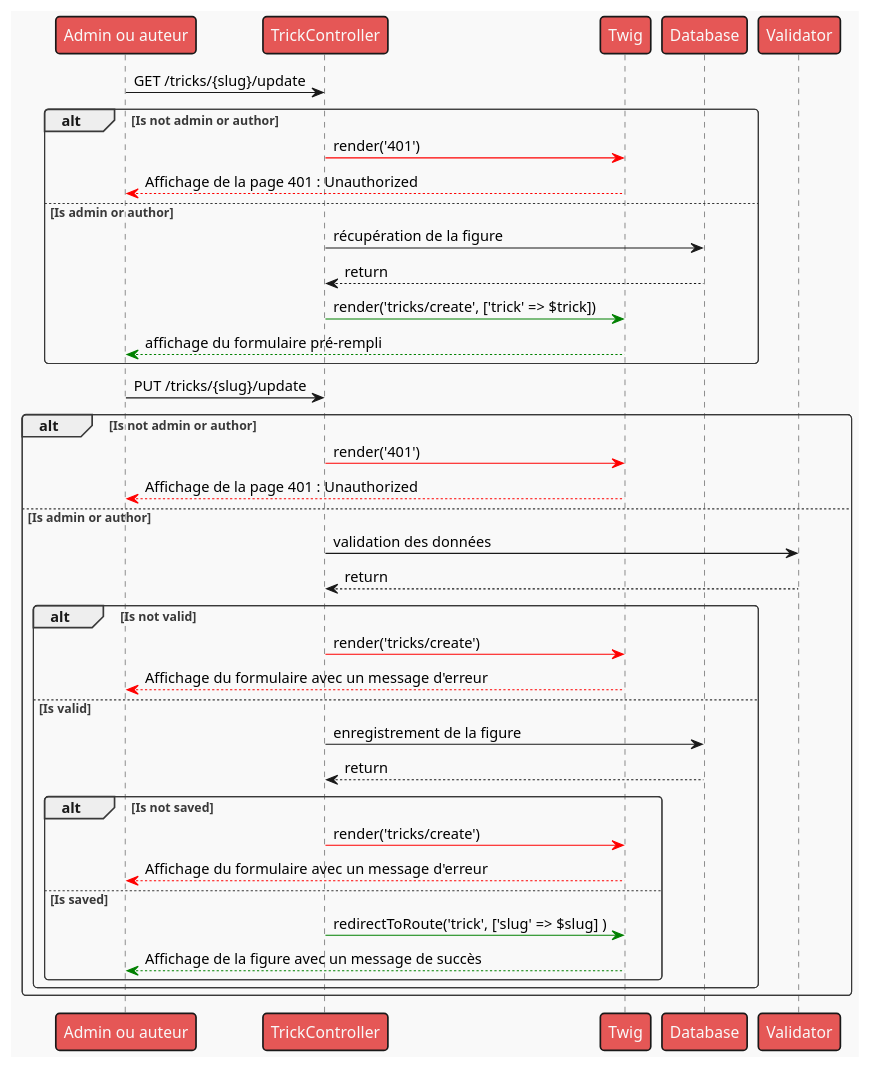
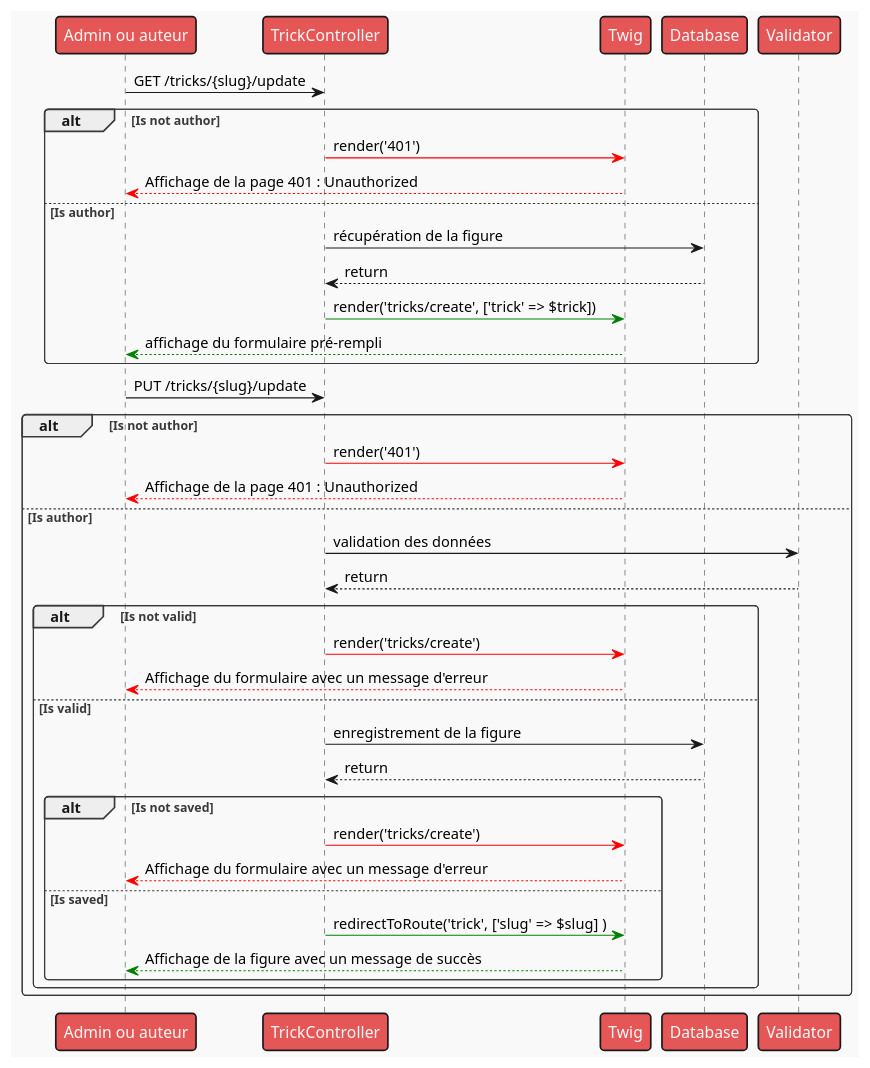
One commit to davy-beauzil/p6-snowtricks changed the diagram in diagrammes/puml/SequenceDiagram/Tricks/update-trick.puml. Above: the diagram before and after it, drawn with PlantUML. The commit also changed 27 other files, not shown here.

Commit message:
feat(diagrams): fix diagrams and conversion to PNG

```diff
--- a/diagrammes/puml/SequenceDiagram/Tricks/update-trick.puml
+++ b/diagrammes/puml/SequenceDiagram/Tricks/update-trick.puml
@@ -1,42 +1,42 @@
 @startuml
 
 !theme mars
 
 Person as "Admin ou auteur" -> TrickController : GET /tricks/{slug}/update
-alt Is not admin or author
+alt Is not author
     TrickController -[#red]> Twig : render('401')
     Twig -[#red]-> Person : Affichage de la page 401 : Unauthorized
-else Is admin or author
+else Is author
     TrickController -> Database : récupération de la figure
     Database --> TrickController : return
     TrickController -[#green]> Twig : render('tricks/create', ['trick' => $trick])
     Twig --[#green]> Person : affichage du formulaire pré-rempli
 end
 
 
 Person -> TrickController : PUT /tricks/{slug}/update
-alt Is not admin or author
+alt Is not author
 TrickController -[#red]> Twig : render('401')
 Twig -[#red]-> Person : Affichage de la page 401 : Unauthorized
-else Is admin or author
+else Is author
     TrickController -> Validator : validation des données
     Validator --> TrickController : return
 
     alt Is not valid
         TrickController -[#red]> Twig : render('tricks/create')
         Twig -[#red]-> Person : Affichage du formulaire avec un message d'erreur
     else Is valid
         TrickController -> Database : enregistrement de la figure
         Database --> TrickController : return
 
         alt Is not saved
             TrickController -[#red]> Twig : render('tricks/create')
             Twig -[#red]-> Person : Affichage du formulaire avec un message d'erreur
         else Is saved
             TrickController -[#green]> Twig : redirectToRoute('trick', ['slug' => $slug] )
             Twig -[#green]-> Person : Affichage de la figure avec un message de succès
         end
     end
 end
 
 @enduml
```
